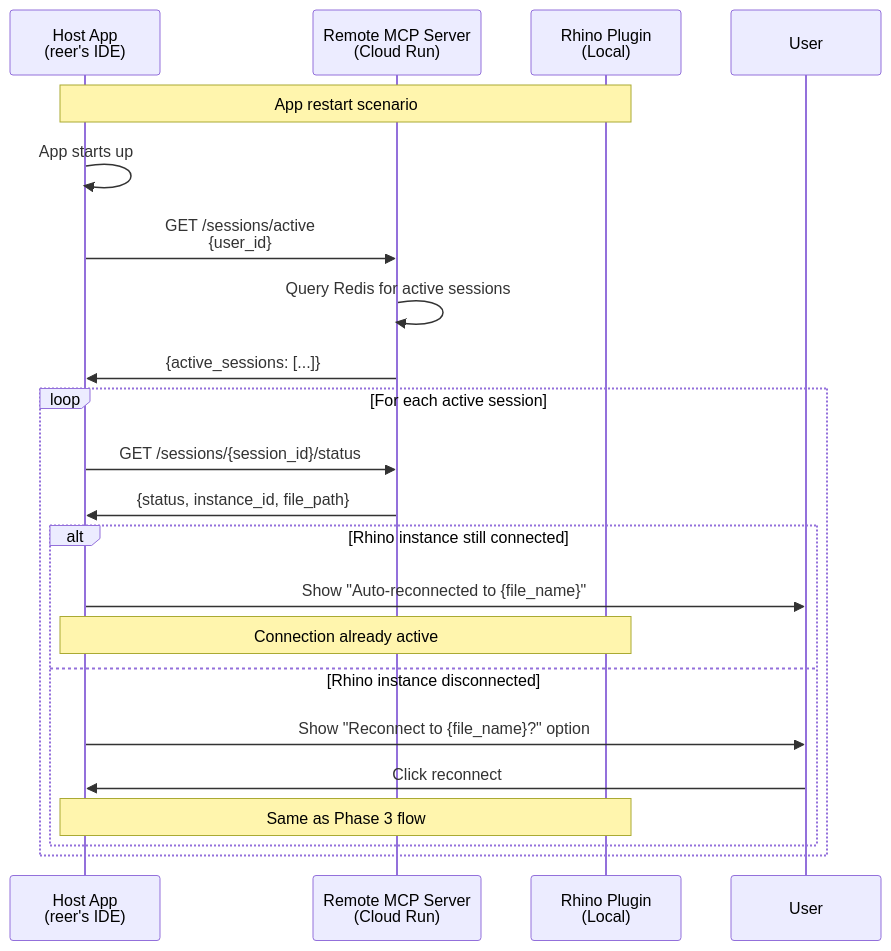
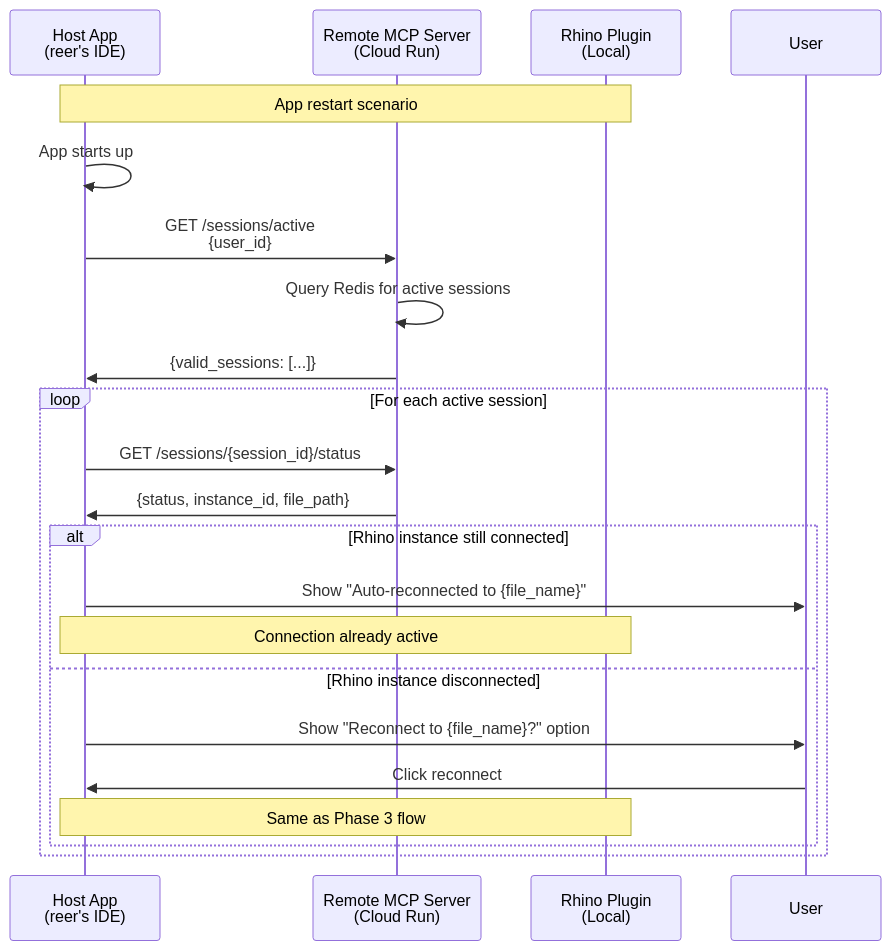
The fourth of 4 diagrams in docs/architecture.md (reer-ide/rhino_mcp_remote), drawn with Mermaid before and after one commit. The commit also changed other lines of this file and 24 other files, not shown here.

````diff
--- a/docs/architecture.md
+++ b/docs/architecture.md
@@ -206,27 +204,27 @@
 ```mermaid
 sequenceDiagram
     participant HostApp as Host App<br/>(reer's IDE)
     participant RemoteServer as Remote MCP Server<br/>(Cloud Run)
     participant RhinoPlugin as Rhino Plugin<br/>(Local)
     
     Note over HostApp,RhinoPlugin: App restart scenario
     
     HostApp->>HostApp: App starts up
     HostApp->>RemoteServer: GET /sessions/active<br/>{user_id}
     RemoteServer->>RemoteServer: Query Redis for active sessions
-    RemoteServer->>HostApp: {active_sessions: [...]}
+    RemoteServer->>HostApp: {valid_sessions: [...]}
     
     loop For each active session
         HostApp->>RemoteServer: GET /sessions/{session_id}/status
         RemoteServer->>HostApp: {status, instance_id, file_path}
         
         alt Rhino instance still connected
             HostApp->>User: Show "Auto-reconnected to {file_name}"
             Note over HostApp,RhinoPlugin: Connection already active
         else Rhino instance disconnected
             HostApp->>User: Show "Reconnect to {file_name}?" option
             User->>HostApp: Click reconnect
             Note over HostApp,RhinoPlugin: Same as Phase 3 flow
         end
     end
 ```
````
